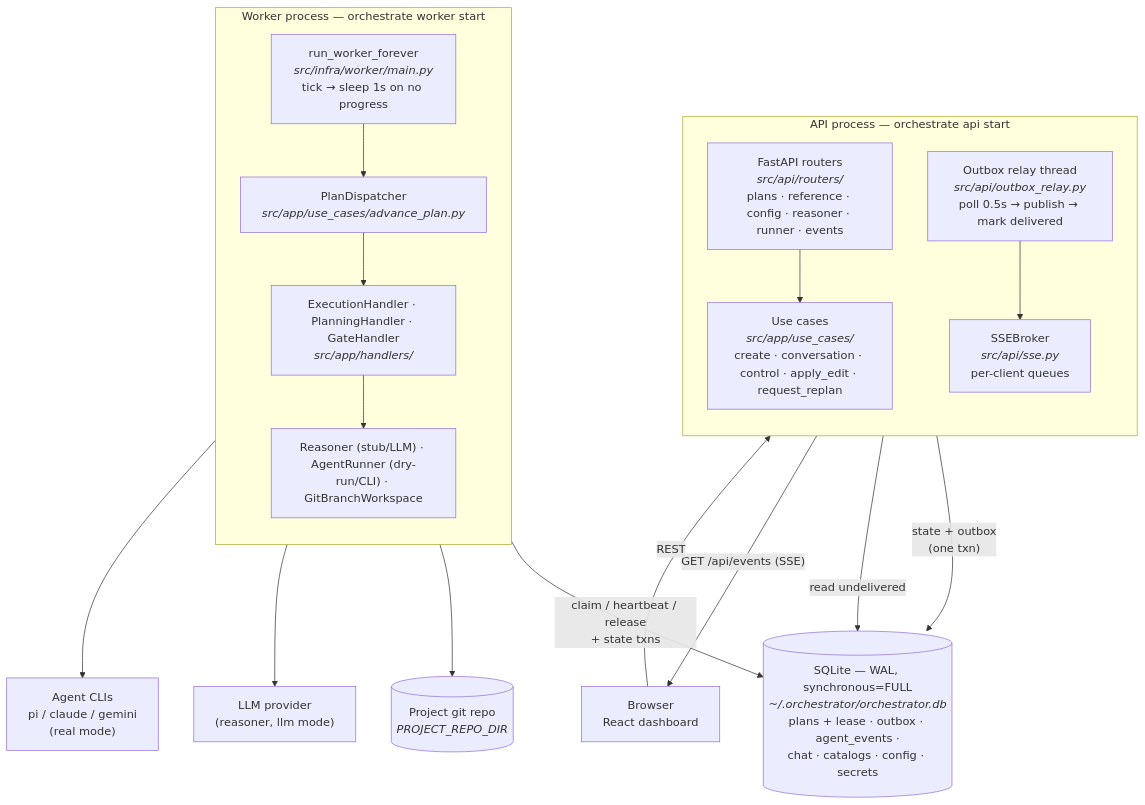
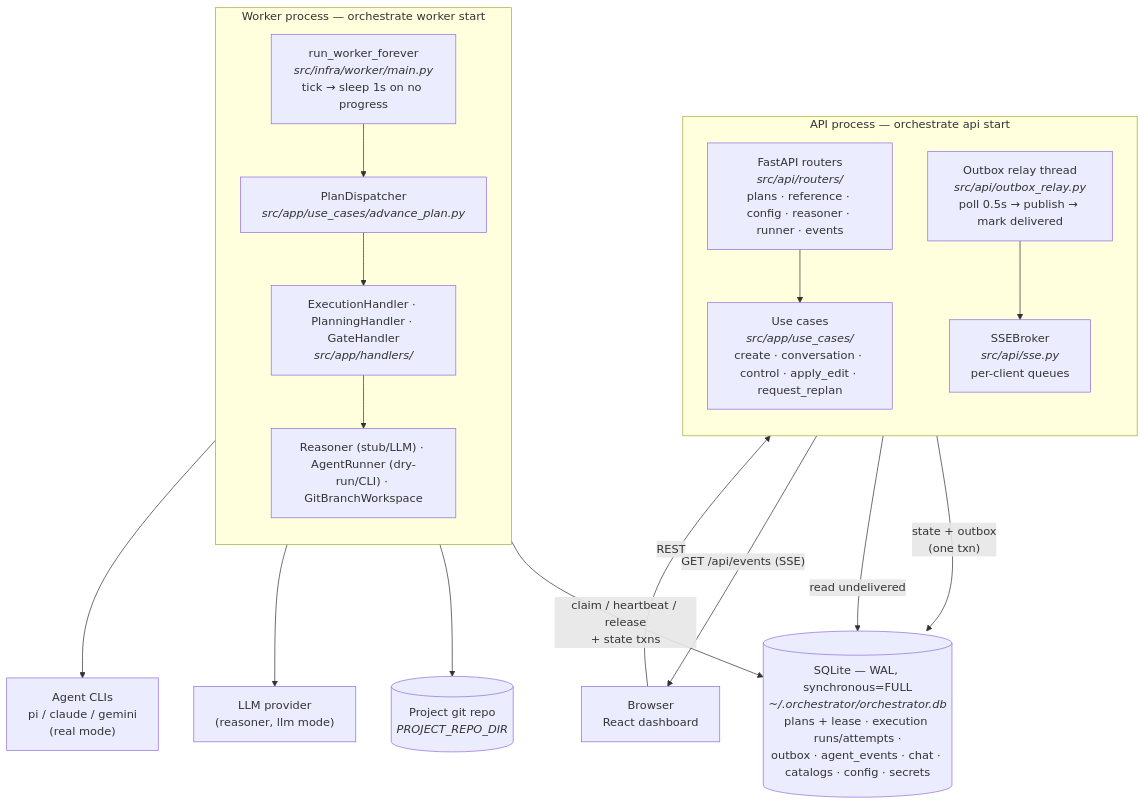
Before and after one commit to guilhermeUpToTask/agent-orchestrator-prototype: the first of 2 diagrams in docs/architecture/overview.md, drawn with Mermaid. The commit also changed other lines of this file and 110 other files, not shown here.

````diff
--- a/docs/architecture/overview.md
+++ b/docs/architecture/overview.md
@@ -11,37 +11,37 @@
 ```mermaid
 flowchart TB
     subgraph apiproc["API process — orchestrate api start"]
         direction TB
         routers["FastAPI routers<br/><i>src/api/routers/</i><br/>plans · reference · config · reasoner · runner · events"]
         usecases1["Use cases<br/><i>src/app/use_cases/</i><br/>create · conversation · control · apply_edit · request_replan"]
         broker["SSEBroker<br/><i>src/api/sse.py</i><br/>per-client queues"]
         relaythread["Outbox relay thread<br/><i>src/api/outbox_relay.py</i><br/>poll 0.5s → publish → mark delivered"]
         routers --> usecases1
     end
 
     subgraph workerproc["Worker process — orchestrate worker start"]
         direction TB
         tick["run_worker_forever<br/><i>src/infra/worker/main.py</i><br/>tick → sleep 1s on no progress"]
         dispatch["PlanDispatcher<br/><i>src/app/use_cases/advance_plan.py</i>"]
         handlers["ExecutionHandler · PlanningHandler · GateHandler<br/><i>src/app/handlers/</i>"]
         adapters["Reasoner (stub/LLM) · AgentRunner (dry-run/CLI) · GitBranchWorkspace"]
         tick --> dispatch --> handlers --> adapters
     end
 
-    db[("SQLite — WAL, synchronous=FULL<br/><i>~/.orchestrator/orchestrator.db</i><br/>plans + lease · outbox · agent_events ·<br/>chat · catalogs · config · secrets")]
+    db[("SQLite — WAL, synchronous=FULL<br/><i>~/.orchestrator/orchestrator.db</i><br/>plans + lease · execution runs/attempts ·<br/>outbox · agent_events · chat · catalogs · config · secrets")]
 
     browser["Browser<br/>React dashboard"]
     repo[("Project git repo<br/><i>PROJECT_REPO_DIR</i>")]
     llm["LLM provider<br/>(reasoner, llm mode)"]
     clis["Agent CLIs<br/>pi / claude / gemini<br/>(real mode)"]
 
     usecases1 -- "state + outbox<br/>(one txn)" --> db
     relaythread -- "read undelivered" --> db
     relaythread --> broker
     broker -- "GET /api/events (SSE)" --> browser
     browser -- REST --> routers
     tick -- "claim / heartbeat / release<br/>+ state txns" --> db
     adapters --> repo
     adapters --> llm
     adapters --> clis
 ```
````
